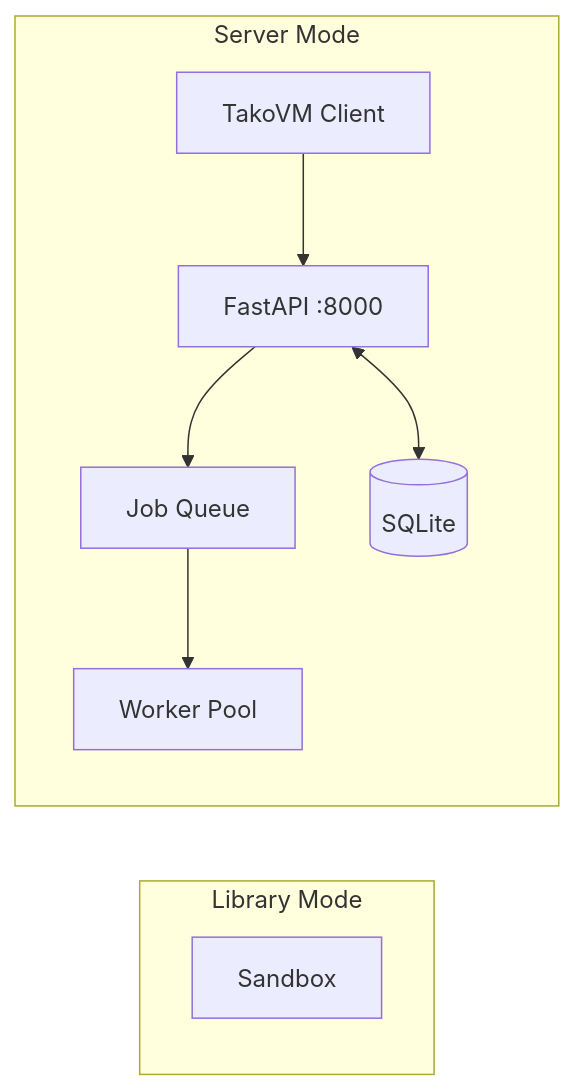
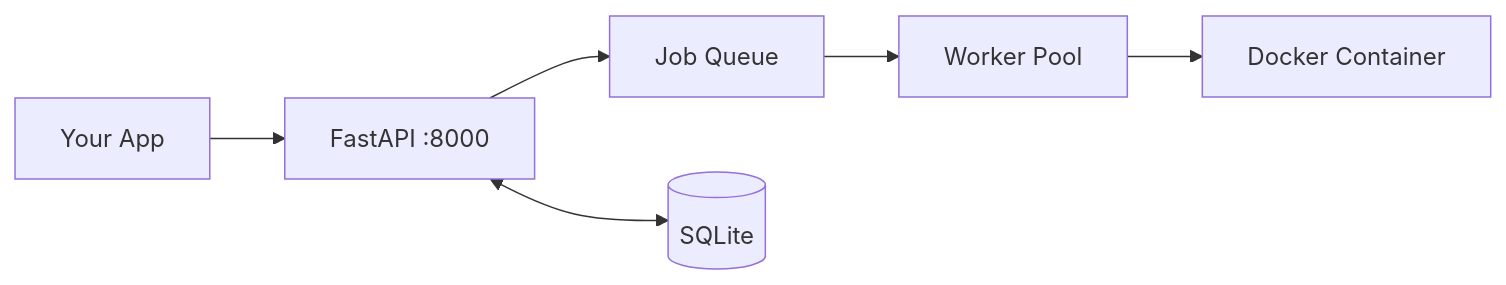
One commit to outerport/TakoVM changed the diagram in README.md. Above: the diagram before and after it, drawn with Mermaid.

Commit message:
Simplify architecture diagram to server mode only

````diff
--- a/README.md
+++ b/README.md
@@ -48,12 +48,6 @@
 ```mermaid
 flowchart LR
-    subgraph Library Mode
-        Sandbox[Sandbox]
-    end
-
-    subgraph Server Mode
-        SDK[TakoVM Client] --> API[FastAPI :8000]
-        API --> Queue[Job Queue] --> Pool[Worker Pool]
-        API <--> DB[(SQLite)]
-    end
+    Client[Your App] --> API[FastAPI :8000]
+    API --> Queue[Job Queue] --> Pool[Worker Pool] --> Docker[Docker Container]
+    API <--> DB[(SQLite)]
 ```
````
